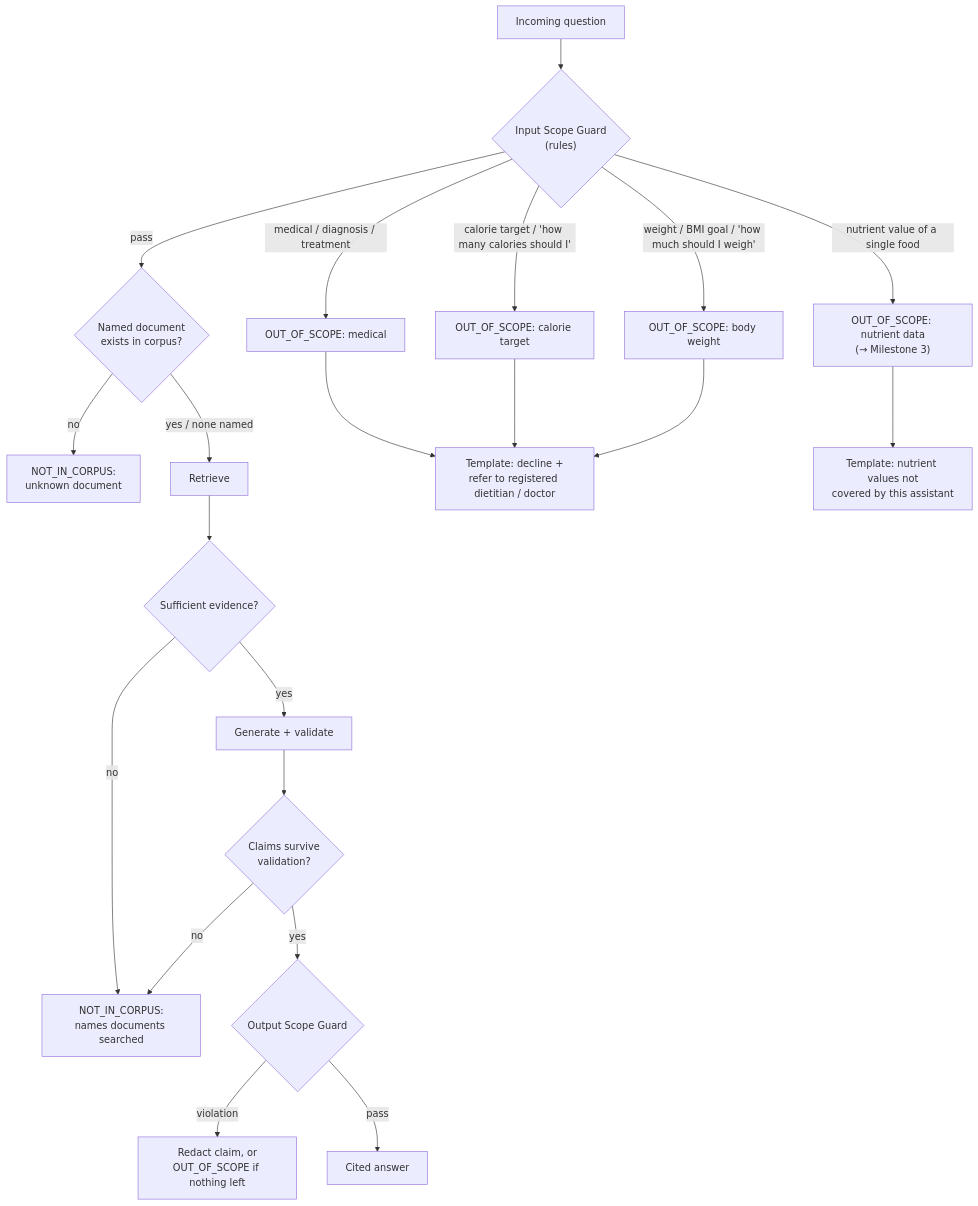
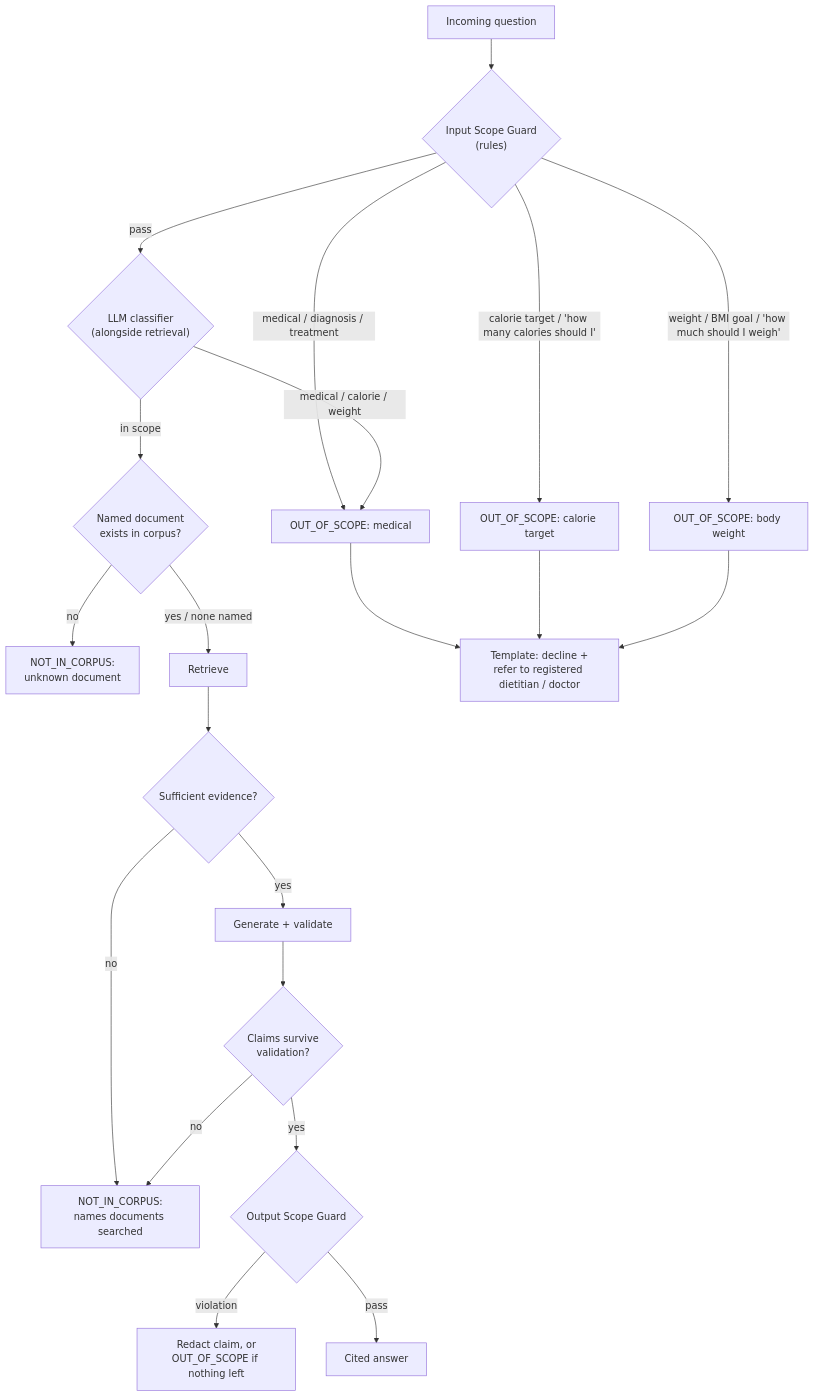
Before and after one commit to vaishali-iyengar/TruNutri-RAG-chatbot: the eighth of 11 diagrams in ARCHITECTURE.md, drawn with Mermaid. The commit also changed other lines of this file and 1 other file, not shown here.

First line of the commit message:
Update architecture doc and plan to the built system

````diff
--- a/ARCHITECTURE.md
+++ b/ARCHITECTURE.md
@@ -441,22 +461,22 @@
 ```mermaid
 flowchart TD
     Q["Incoming question"] --> IG{"Input Scope Guard<br/>(rules)"}
     IG -->|"medical / diagnosis / treatment"| R1["OUT_OF_SCOPE: medical"]
     IG -->|"calorie target / 'how many calories should I'"| R2["OUT_OF_SCOPE: calorie target"]
     IG -->|"weight / BMI goal / 'how much should I weigh'"| R3["OUT_OF_SCOPE: body weight"]
-    IG -->|"nutrient value of a single food"| R4["OUT_OF_SCOPE: nutrient data<br/>(→ Milestone 3)"]
-    IG -->|pass| DOC{"Named document<br/>exists in corpus?"}
+    IG -->|pass| CLS{"LLM classifier<br/>(alongside retrieval)"}
+    CLS -->|"medical / calorie / weight"| R1
+    CLS -->|in scope| DOC{"Named document<br/>exists in corpus?"}
     DOC -->|no| N1["NOT_IN_CORPUS:<br/>unknown document"]
     DOC -->|yes / none named| RET["Retrieve"]
     RET --> SUF{"Sufficient evidence?"}
     SUF -->|no| N2["NOT_IN_CORPUS:<br/>names documents searched"]
     SUF -->|yes| GEN["Generate + validate"]
     GEN --> EMPTY{"Claims survive<br/>validation?"}
     EMPTY -->|no| N2
     EMPTY -->|yes| OG{"Output Scope Guard"}
     OG -->|violation| R5["Redact claim, or<br/>OUT_OF_SCOPE if nothing left"]
     OG -->|pass| ANS["Cited answer"]
 
     R1 & R2 & R3 --> REFER["Template: decline +<br/>refer to registered dietitian / doctor"]
-    R4 --> REFER2["Template: nutrient values not<br/>covered by this assistant"]
 ```
````
